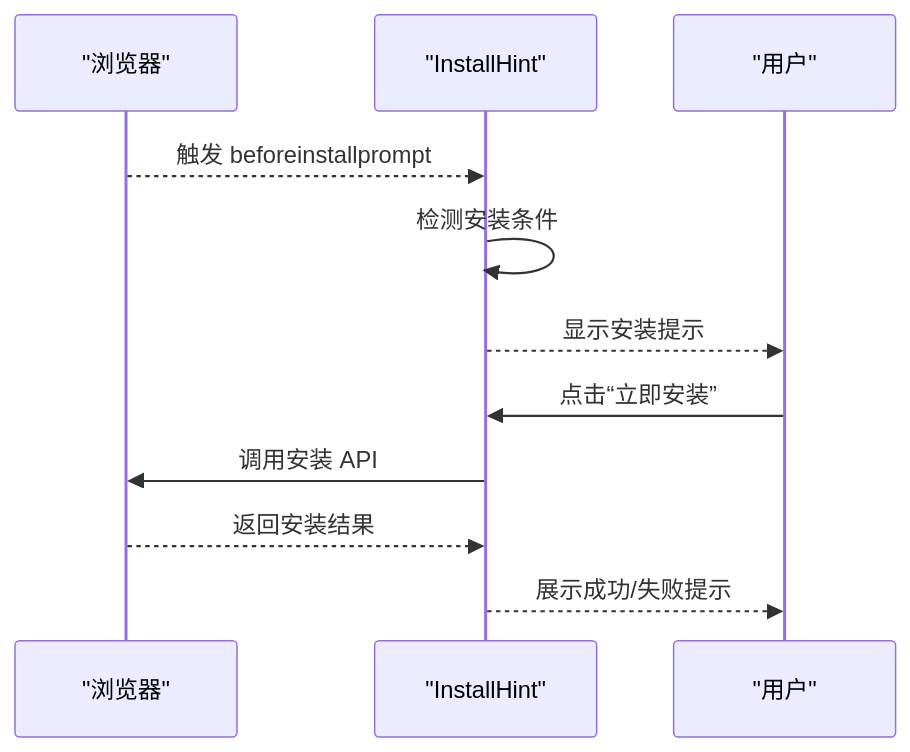
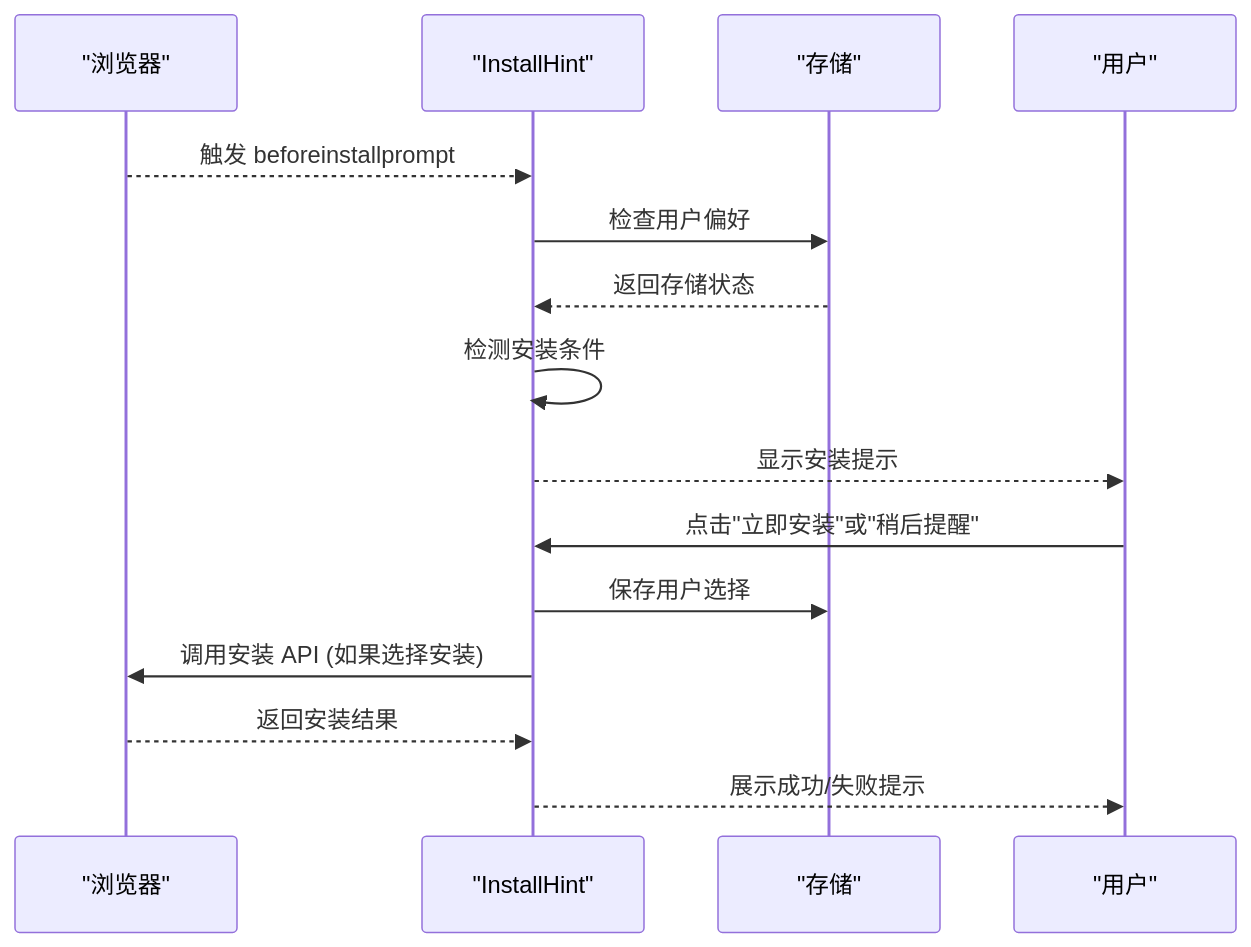
Before and after one commit to xufuyu/Lumen: the seventh of 9 diagrams in .qoder/repowiki/zh/content/前端开发/组件系统/通用组件.md, drawn with Mermaid. The commit also changed other lines of this file and 43 other files, not shown here.

````diff
--- a/.qoder/repowiki/zh/content/前端开发/组件系统/通用组件.md
+++ b/.qoder/repowiki/zh/content/前端开发/组件系统/通用组件.md
@@ -299,13 +309,17 @@
 ```mermaid
 sequenceDiagram
 participant B as "浏览器"
 participant H as "InstallHint"
+participant S as "存储"
 participant U as "用户"
 B-->>H : 触发 beforeinstallprompt
+H->>S : 检查用户偏好
+S-->>H : 返回存储状态
 H->>H : 检测安装条件
 H-->>U : 显示安装提示
-U->>H : 点击“立即安装”
-H->>B : 调用安装 API
+U->>H : 点击"立即安装"或"稍后提醒"
+H->>S : 保存用户选择
+H->>B : 调用安装 API (如果选择安装)
 B-->>H : 返回安装结果
 H-->>U : 展示成功/失败提示
 ```
````
